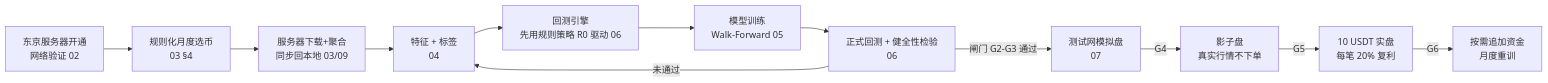
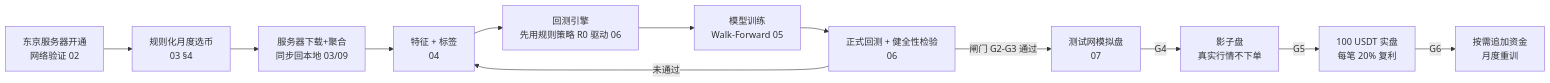
One commit to wumingze704-bit/bn-trade changed the diagram in docs/design.md. Above: the diagram before and after it, drawn with Mermaid. The commit also changed other lines of this file and 7 other files, not shown here.

````diff
--- a/docs/design.md
+++ b/docs/design.md
@@ -14,14 +14,14 @@
 ```mermaid
 flowchart LR
     S0[东京服务器开通<br/>网络验证 02] --> A[规则化月度选币<br/>03 §4]
     A --> B[服务器下载+聚合<br/>同步回本地 03/09]
     B --> C[特征 + 标签<br/>04]
     C --> BT0[回测引擎<br/>先用规则策略 R0 驱动 06]
     BT0 --> D[模型训练<br/>Walk-Forward 05]
     D --> E[正式回测 + 健全性检验<br/>06]
     E -->|闸门 G2-G3 通过| F[测试网模拟盘<br/>07]
     F -->|G4| G[影子盘<br/>真实行情不下单]
-    G -->|G5| H[10 USDT 实盘<br/>每笔 20% 复利]
+    G -->|G5| H[100 USDT 实盘<br/>每笔 20% 复利]
     H -->|G6| I[按需追加资金<br/>月度重训]
     E -->|未通过| C
 ```
````
